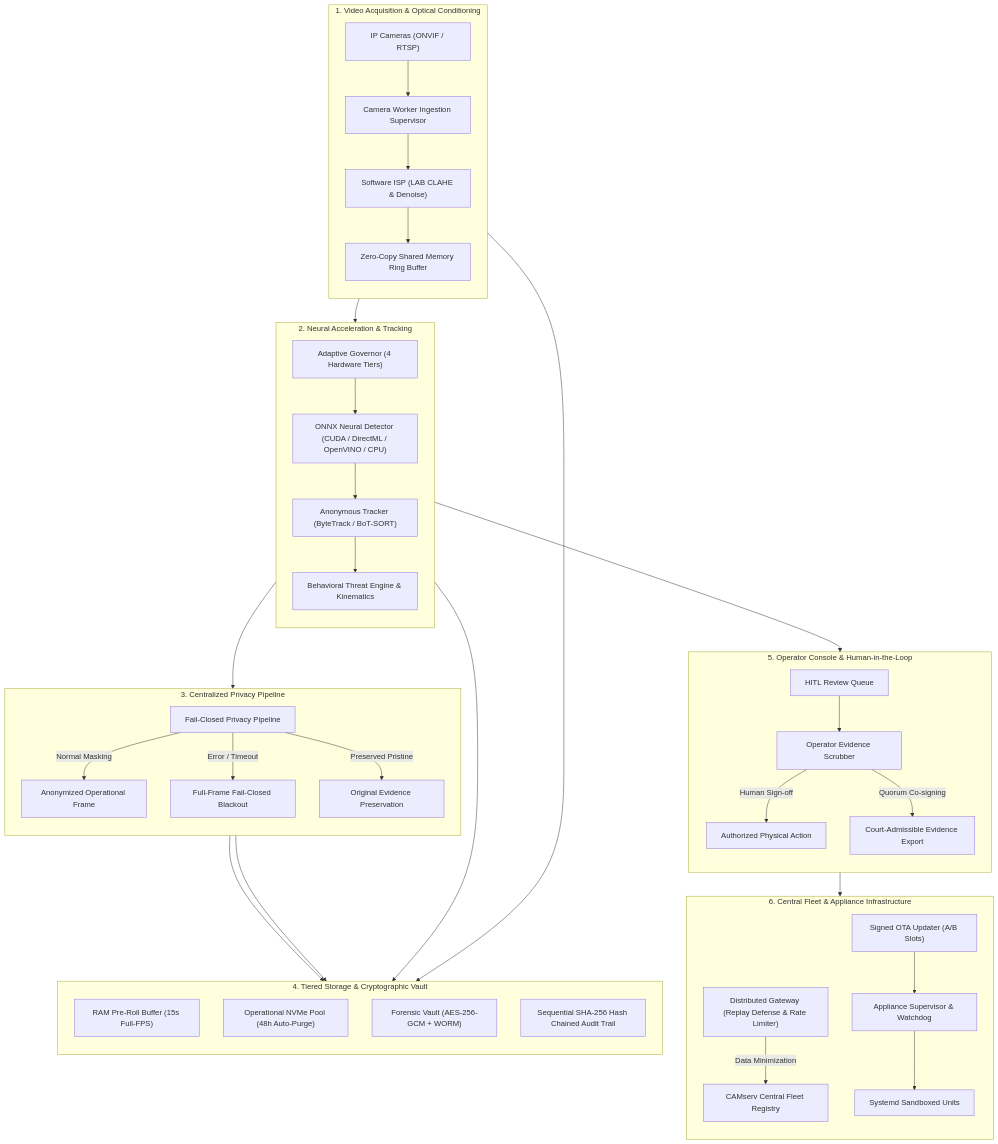
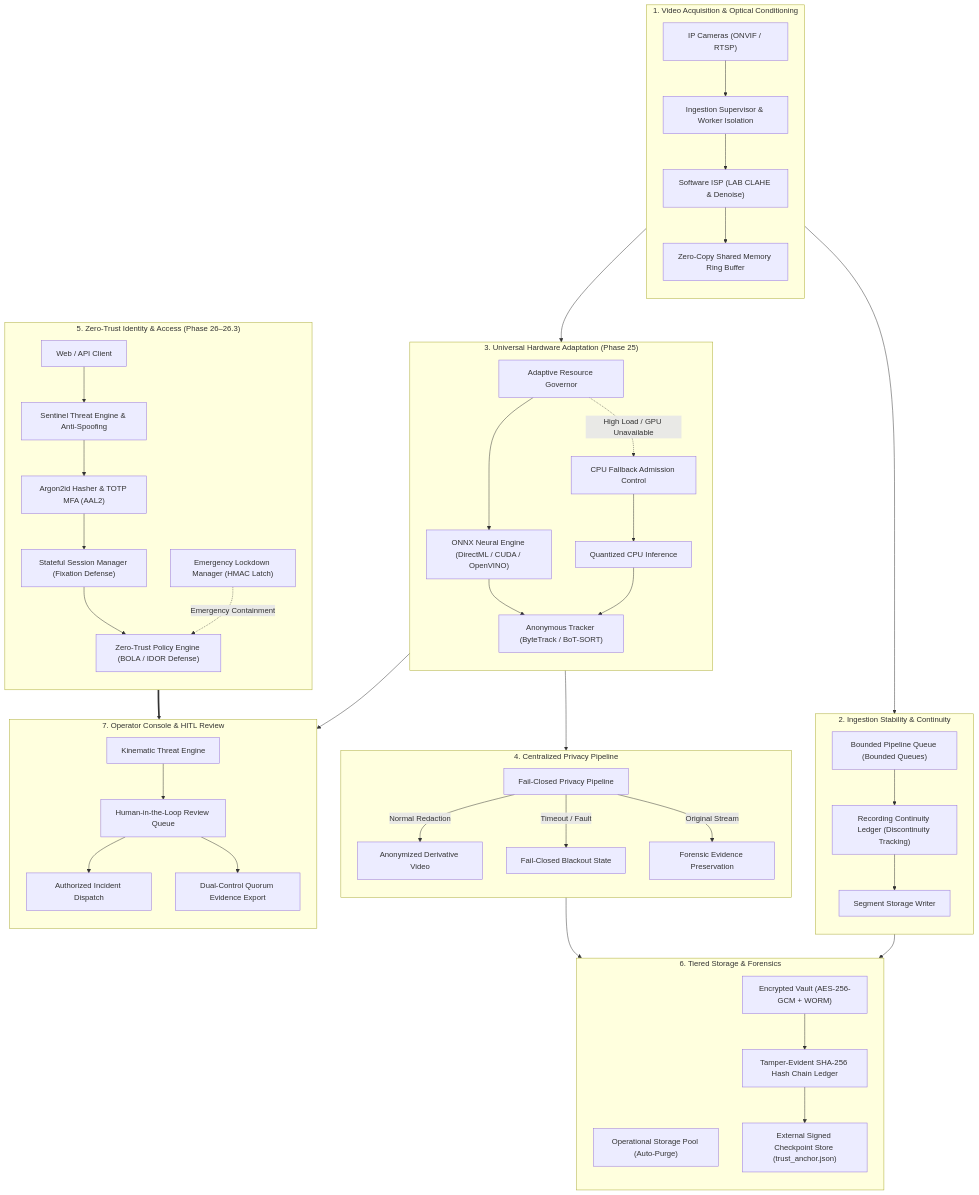
One commit to aboulouafaeit-sys/CAMserv.IT changed the first of 3 diagrams in README.md. Above: the diagram before and after it, drawn with Mermaid. The commit also changed other lines of this file and 26 other files, not shown here.

Commit message:
feat: add Phase 26.4 documentation suite, screenshots, and CI workflow

````diff
--- a/README.md
+++ b/README.md
@@ -60,49 +63,61 @@
 ```mermaid
 flowchart TD
     subgraph INGEST ["1. Video Acquisition & Optical Conditioning"]
         direction TB
-        CAM["IP Cameras (ONVIF / RTSP)"] --> ISOLATION["Camera Worker Ingestion Supervisor"]
-        ISOLATION --> ISP["Software ISP (LAB CLAHE & Denoise)"]
+        CAM["IP Cameras (ONVIF / RTSP)"] --> SUPERV["Ingestion Supervisor & Worker Isolation"]
+        SUPERV --> ISP["Software ISP (LAB CLAHE & Denoise)"]
         ISP --> SHM["Zero-Copy Shared Memory Ring Buffer"]
     end
 
-    subgraph INFERENCE ["2. Neural Acceleration & Tracking"]
+    subgraph PIPELINE ["2. Ingestion Stability & Continuity"]
         direction TB
-        SHM --> ADAPTIVE["Adaptive Governor (4 Hardware Tiers)"]
-        ADAPTIVE --> DETECTOR["ONNX Neural Detector (CUDA / DirectML / OpenVINO / CPU)"]
-        DETECTOR --> TRACKER["Anonymous Tracker (ByteTrack / BoT-SORT)"]
-        TRACKER --> BEHAVIOR["Behavioral Threat Engine & Kinematics"]
+        SHM --> BPQ["Bounded Pipeline Queue (Bounded Queues)"]
+        BPQ --> RCL["Recording Continuity Ledger (Discontinuity Tracking)"]
+        RCL --> SEGW["Segment Storage Writer"]
     end
 
-    subgraph PRIVACY ["3. Centralized Privacy Pipeline"]
+    subgraph ADAPTIVE ["3. Universal Hardware Adaptation (Phase 25)"]
         direction TB
-        DETECTOR --> FAILCLOSED["Fail-Closed Privacy Pipeline"]
-        FAILCLOSED -->|Normal Masking| DERIVATIVE["Anonymized Operational Frame"]
-        FAILCLOSED -->|Error / Timeout| BLACKOUT["Full-Frame Fail-Closed Blackout"]
-        FAILCLOSED -->|Preserved Pristine| VAULT_ORIG["Original Evidence Preservation"]
+        SHM --> ADAPT["Adaptive Resource Governor"]
+        ADAPT --> DETECT["ONNX Neural Engine (DirectML / CUDA / OpenVINO)"]
+        ADAPT -.->|High Load / GPU Unavailable| CPU_FAIL["CPU Fallback Admission Control"]
+        CPU_FAIL --> CPU_DET["Quantized CPU Inference"]
+        DETECT --> TRACK["Anonymous Tracker (ByteTrack / BoT-SORT)"]
+        CPU_DET --> TRACK
     end
 
-    subgraph STORAGE ["4. Tiered Storage & Cryptographic Vault"]
+    subgraph PRIVACY ["4. Centralized Privacy Pipeline"]
         direction TB
-        SHM --> PREROLL["RAM Pre-Roll Buffer (15s Full-FPS)"]
-        DERIVATIVE --> OP_STORAGE["Operational NVMe Pool (48h Auto-Purge)"]
-        VAULT_ORIG --> INCIDENT_VAULT["Forensic Vault (AES-256-GCM + WORM)"]
-        BEHAVIOR --> AUDIT["Sequential SHA-256 Hash Chained Audit Trail"]
+        DETECT --> PRIV["Fail-Closed Privacy Pipeline"]
+        PRIV -->|Normal Redaction| MASKED["Anonymized Derivative Video"]
+        PRIV -->|Timeout / Fault| BLACKOUT["Fail-Closed Blackout State"]
+        PRIV -->|Original Stream| VAULT["Forensic Evidence Preservation"]
     end
 
-    subgraph WORKFLOW ["5. Operator Console & Human-in-the-Loop"]
+    subgraph IDENTITY ["5. Zero-Trust Identity & Access (Phase 26–26.3)"]
         direction TB
-        BEHAVIOR --> QUEUE["HITL Review Queue"]
-        QUEUE --> INSPECTION["Operator Evidence Scrubber"]
-        INSPECTION -->|Human Sign-off| DISPATCH["Authorized Physical Action"]
-        INSPECTION -->|Quorum Co-signing| RAW_EXPORT["Court-Admissible Evidence Export"]
+        CLIENT["Web / API Client"] --> SENTINEL["Sentinel Threat Engine & Anti-Spoofing"]
+        SENTINEL --> AUTH["Argon2id Hasher & TOTP MFA (AAL2)"]
+        AUTH --> SESS["Stateful Session Manager (Fixation Defense)"]
+        SESS --> POLICY["Zero-Trust Policy Engine (BOLA / IDOR Defense)"]
+        LOCK["Emergency Lockdown Manager (HMAC Latch)"] -.->|Emergency Containment| POLICY
     end
 
-    subgraph CENTRAL ["6. Central Fleet & Appliance Infrastructure"]
+    subgraph STORAGE ["6. Tiered Storage & Forensics"]
         direction TB
-        DISPATCH --> GATEWAY["Distributed Gateway (Replay Defense & Rate Limiter)"]
-        GATEWAY -->|Data Minimization| CENTRAL_PLANE["CAMserv Central Fleet Registry"]
-        SUPERVISOR["Appliance Supervisor & Watchdog"] --> SYSTEMD["Systemd Sandboxed Units"]
-        UPDATER["Signed OTA Updater (A/B Slots)"] --> SUPERVISOR
+        SEGW --> NVME["Operational Storage Pool (Auto-Purge)"]
+        VAULT --> EVID["Encrypted Vault (AES-256-GCM + WORM)"]
+        EVID --> HASH["Tamper-Evident SHA-256 Hash Chain Ledger"]
+        HASH --> ANCHOR["External Signed Checkpoint Store (trust_anchor.json)"]
     end
+
+    subgraph WORKFLOW ["7. Operator Console & HITL Review"]
+        direction TB
+        TRACK --> THREAT["Kinematic Threat Engine"]
+        THREAT --> HITL["Human-in-the-Loop Review Queue"]
+        HITL --> DISPATCH["Authorized Incident Dispatch"]
+        HITL --> QUORUM["Dual-Control Quorum Evidence Export"]
+    end
+
+    POLICY ==> WORKFLOW
 ```
````
